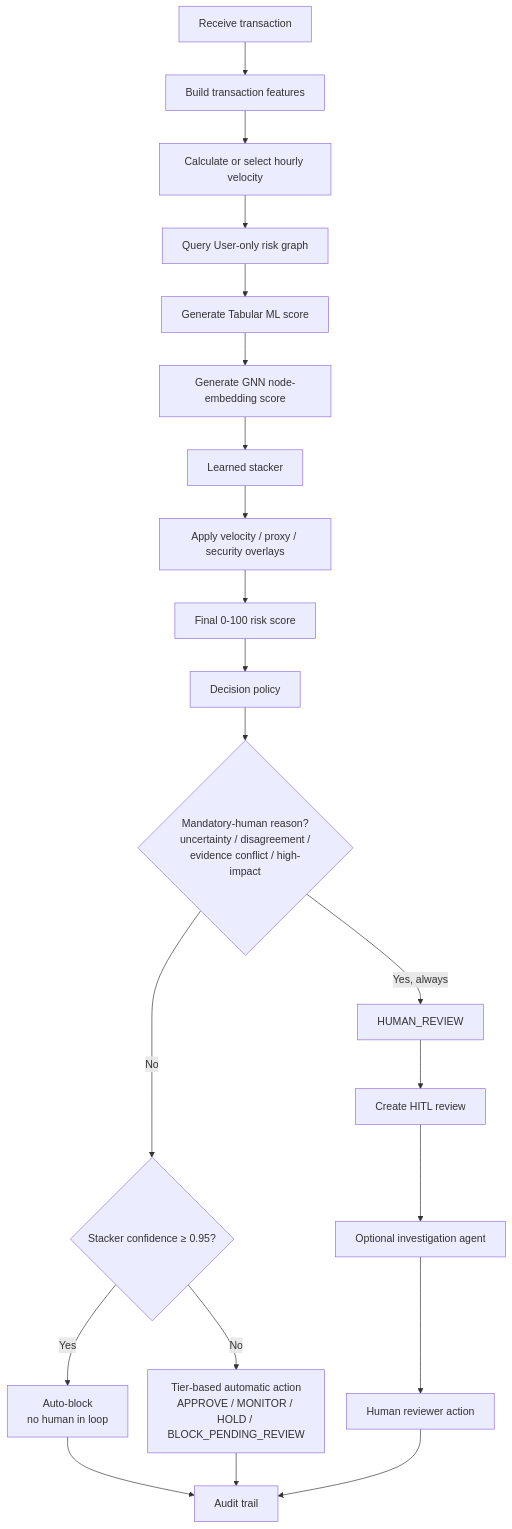
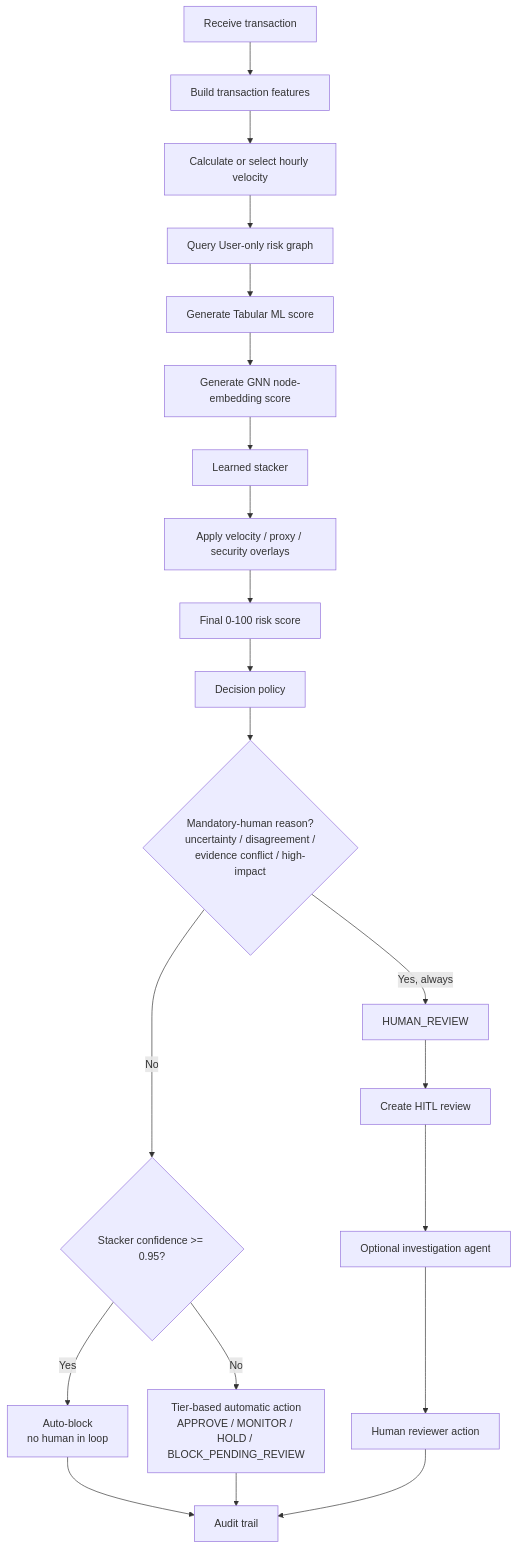
Before and after one commit to Dikshu015/RazorRisk-Agentic-AI-Payment-Fraud-Risk-Investigation-Platform: the ninth of 21 diagrams in README.md, drawn with Mermaid. The commit also changed other lines of this file and 5 other files, not shown here.

````diff
--- a/README.md
+++ b/README.md
@@ -237,24 +291,24 @@
 ```mermaid
 %%{init: {'flowchart': {'nodeSpacing': 30, 'rankSpacing': 50}}}%%
 flowchart TB
     T1[Receive transaction] --> F[Build transaction features]
     F --> V[Calculate or select hourly velocity]
     V --> G[Query User-only risk graph]
     G --> TM[Generate Tabular ML score]
     TM --> GN[Generate GNN node-embedding score]
     GN --> ST[Learned stacker]
     ST --> O[Apply velocity / proxy / security overlays]
     O --> R[Final 0-100 risk score]
     R --> P[Decision policy]
     P --> M{Mandatory-human reason?<br/>uncertainty / disagreement /<br/>evidence conflict / high-impact}
     M -->|Yes, always| H[HUMAN_REVIEW]
-    M -->|No| C{Stacker confidence &ge; 0.95?}
+    M -->|No| C{Stacker confidence >= 0.95?}
     C -->|Yes| AB[Auto-block<br/>no human in loop]
     C -->|No| TIER[Tier-based automatic action<br/>APPROVE / MONITOR / HOLD / BLOCK_PENDING_REVIEW]
     H --> Q[Create HITL review]
     Q --> I[Optional investigation agent]
     I --> HR[Human reviewer action]
     AB --> Z[Audit trail]
     TIER --> Z
     HR --> Z
 ```
````
